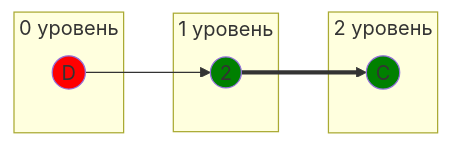
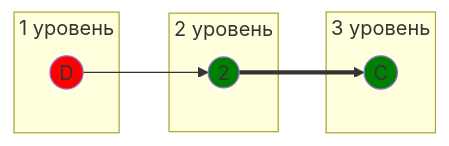
The sixth of 11 diagrams in Задание 8/DIVI.md (algos-ris-24-5/manual-tasks), drawn with Mermaid before and after one commit. The commit also changed other lines of this file, not shown here.

````diff
--- a/Задание 8/DIVI.md
+++ b/Задание 8/DIVI.md
@@ -234,17 +209,17 @@
 ```mermaid
 graph LR
-    subgraph "0 уровень"
+    subgraph "1 уровень"
         D((D))
     end
-    subgraph "1 уровень"
+    subgraph "2 уровень"
         2((2))
     end
-    subgraph "2 уровень"
+    subgraph "3 уровень"
         C((C))
     end
     D --> 2 ==> C
     
     style D fill:#FF0000
     style C fill:#008000
     style 2 fill:#008000
 ```
````
